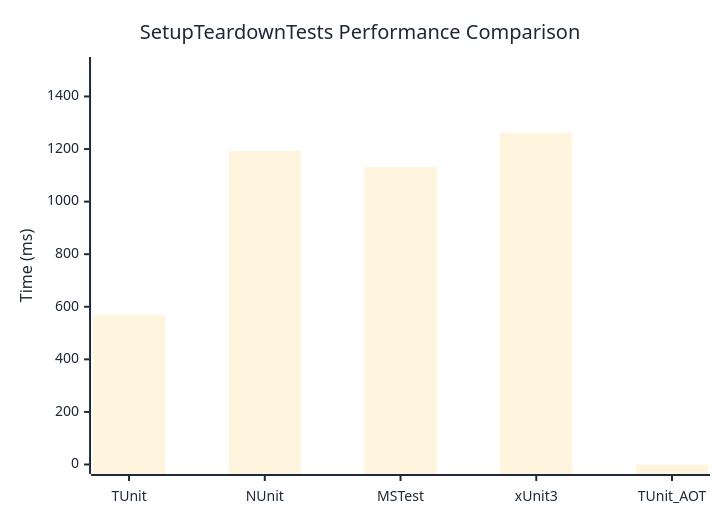
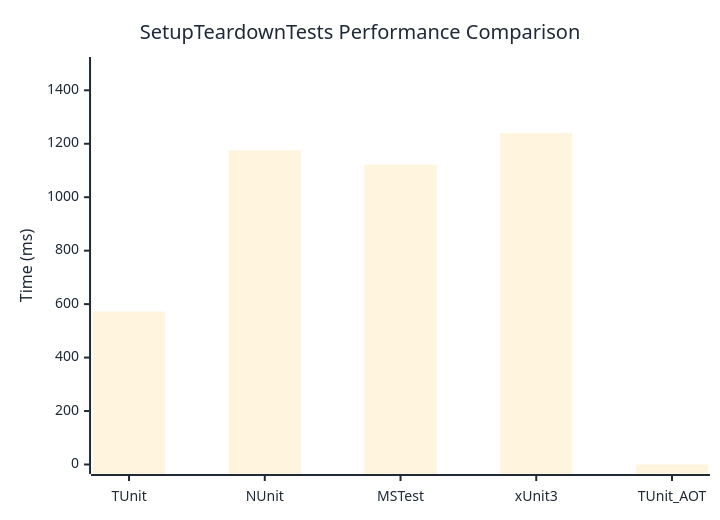
Before and after one commit to thomhurst/TUnit: the diagram in docs/docs/benchmarks/SetupTeardownTests.md, drawn with Mermaid. The commit also changed other lines of this file and 17 other files, not shown here.

````diff
--- a/docs/docs/benchmarks/SetupTeardownTests.md
+++ b/docs/docs/benchmarks/SetupTeardownTests.md
@@ -27,37 +27,37 @@
 ```mermaid
 %%{init: {
   'theme':'base',
   'themeVariables': {
     'primaryColor': '#2563eb',
     'primaryTextColor': '#1f2937',
     'primaryBorderColor': '#1e40af',
     'lineColor': '#6b7280',
     'secondaryColor': '#7c3aed',
     'tertiaryColor': '#dc2626',
     'background': '#ffffff',
     'mainBkg': '#2563eb',
     'secondBkg': '#7c3aed',
     'tertiaryBkg': '#dc2626',
     'clusterBkg': '#f3f4f6',
     'edgeLabelBackground': '#ffffff',
     'tertiaryTextColor': '#1f2937',
     'pie1': '#2563eb',
     'pie2': '#7c3aed',
     'pie3': '#dc2626',
     'pie4': '#f59e0b',
     'pie5': '#10b981',
     'pie6': '#06b6d4',
     'pie7': '#ec4899',
     'pie8': '#6366f1',
     'pie9': '#84cc16',
     'pie10': '#f97316',
     'pie11': '#14b8a6',
     'pie12': '#a855f7'
   }
 }}%%
 xychart-beta
   title "SetupTeardownTests Performance Comparison"
   x-axis ["TUnit", "NUnit", "MSTest", "xUnit3", "TUnit_AOT"]
-  y-axis "Time (ms)" 0 --> 1514
-  bar [567.7, 1192.9, 1130.6, 1260.9, 0]
+  y-axis "Time (ms)" 0 --> 1489
+  bar [572.3, 1175.7, 1122, 1240.4, 0]
 ```
````
